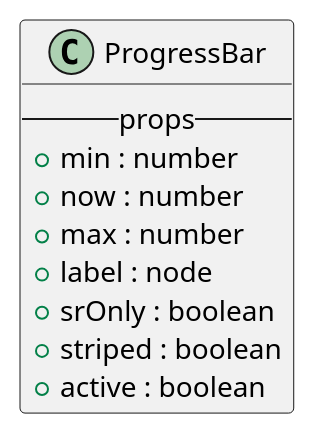
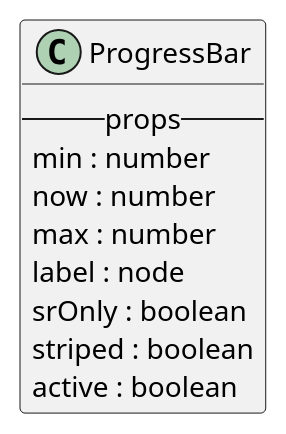
One commit to M9k/Marvin-Uml changed the diagram in react/bootstrap/progressbar.iuml. Above: the diagram before and after it, drawn with PlantUML. The commit also changed 10 other files, not shown here.

```diff
--- a/react/bootstrap/progressbar.iuml
+++ b/react/bootstrap/progressbar.iuml
@@ -1,10 +1,10 @@
 class ProgressBar{
     --props--
-        + min : number
-        + now : number
-        + max : number
-        + label : node
-        + srOnly : boolean
-        + striped : boolean
-        + active : boolean
+         min : number
+         now : number
+         max : number
+         label : node
+         srOnly : boolean
+         striped : boolean
+         active : boolean
 }
```
